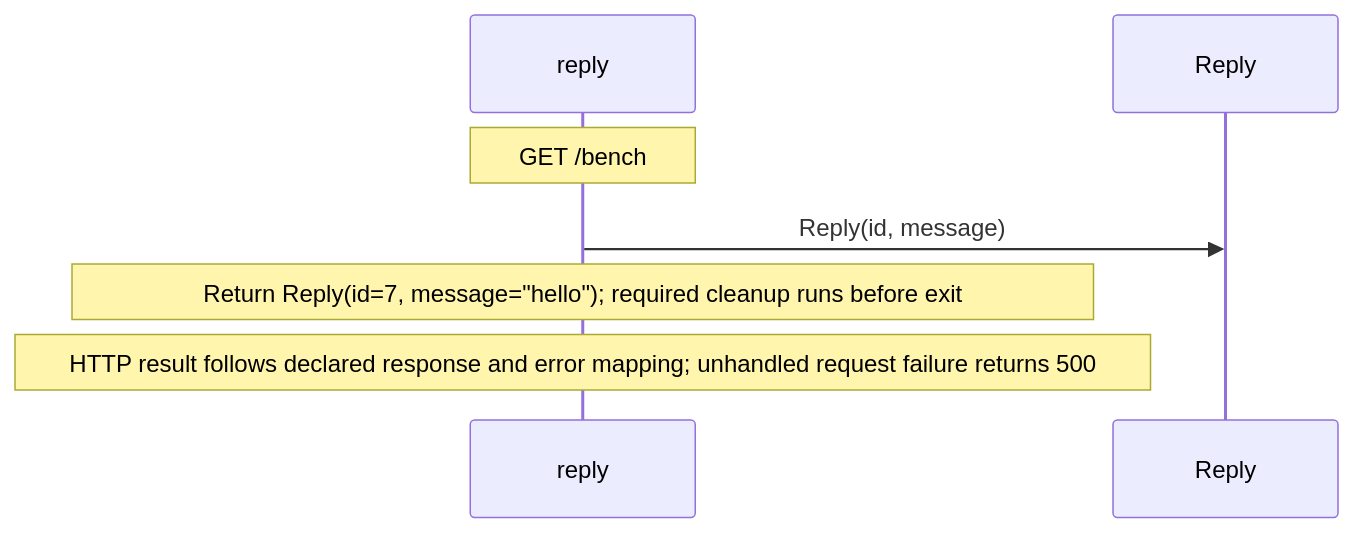
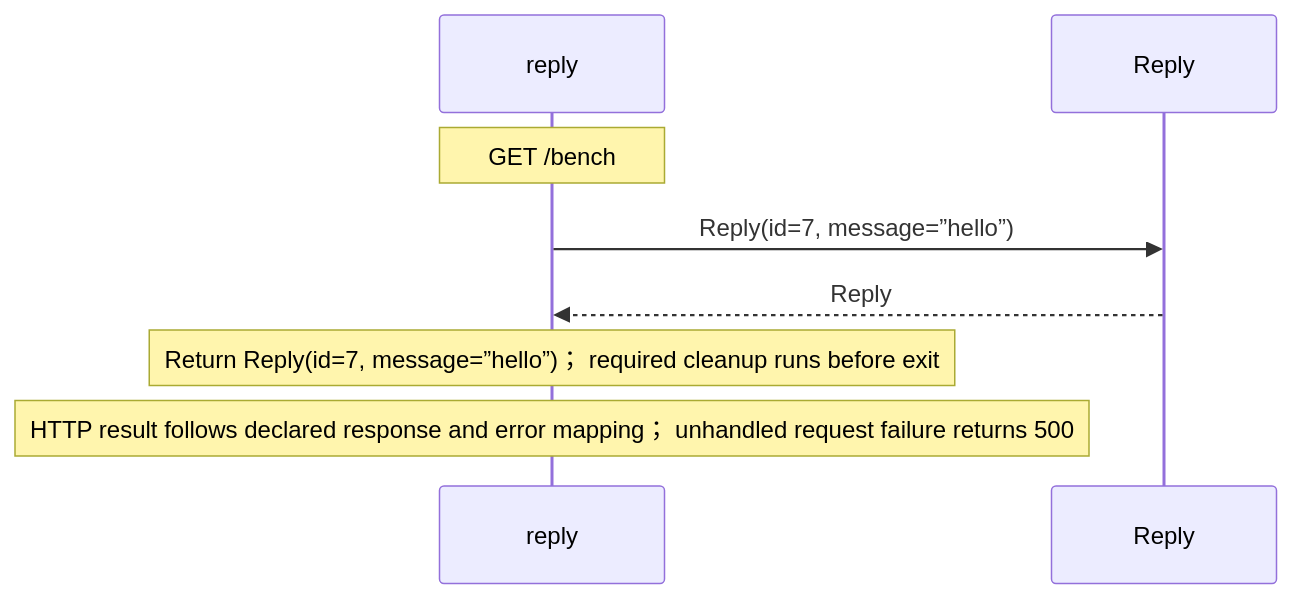
The second of 2 diagrams in benchmarks/http/routes.aug.diagrams.md (GreenPandaStudios/augscript), drawn with Mermaid before and after one commit. The commit also changed other lines of this file and 524 other files, not shown here.

Commit message:
Explain checked data flow at folder and service levels

````diff
--- a/benchmarks/http/routes.aug.diagrams.md
+++ b/benchmarks/http/routes.aug.diagrams.md
@@ -48,9 +38,10 @@
 ```mermaid
 sequenceDiagram
     participant p0 as reply
     participant p1 as Reply
     Note over p0: GET /bench
-    p0->>p1: Reply(id, message)
-    Note over p0: Return Reply(id=7, message=#34;hello#34;)#59; required cleanup runs before exit
-    Note over p0: HTTP result follows declared response and error mapping#59; unhandled request failure returns 500
+    p0->>p1: Reply(id=7, message=”hello”)
+    p1-->>p0: Reply
+    Note over p0: Return Reply(id=7, message=”hello”)； required cleanup runs before exit
+    Note over p0: HTTP result follows declared response and error mapping； unhandled request failure returns 500
 ```
````
